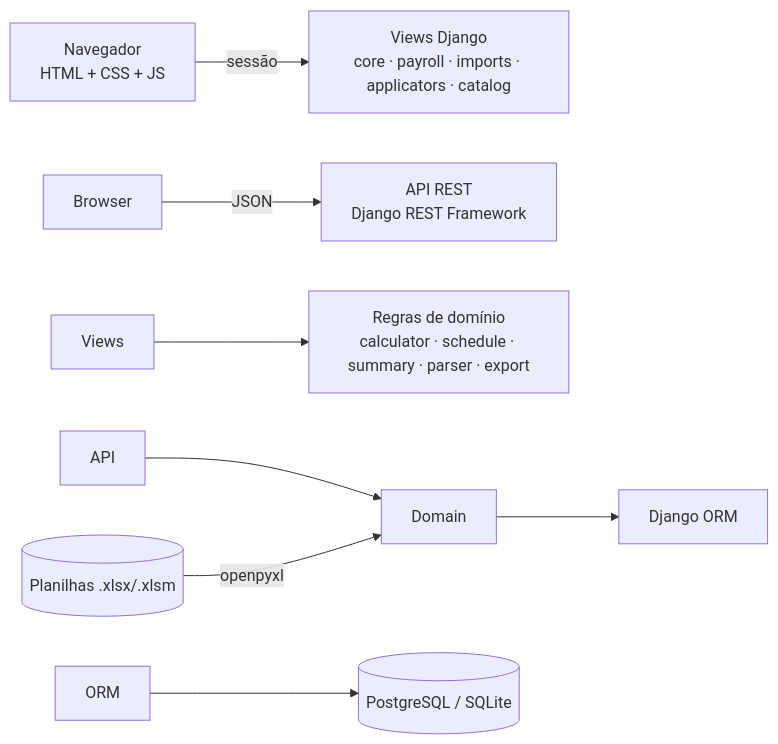
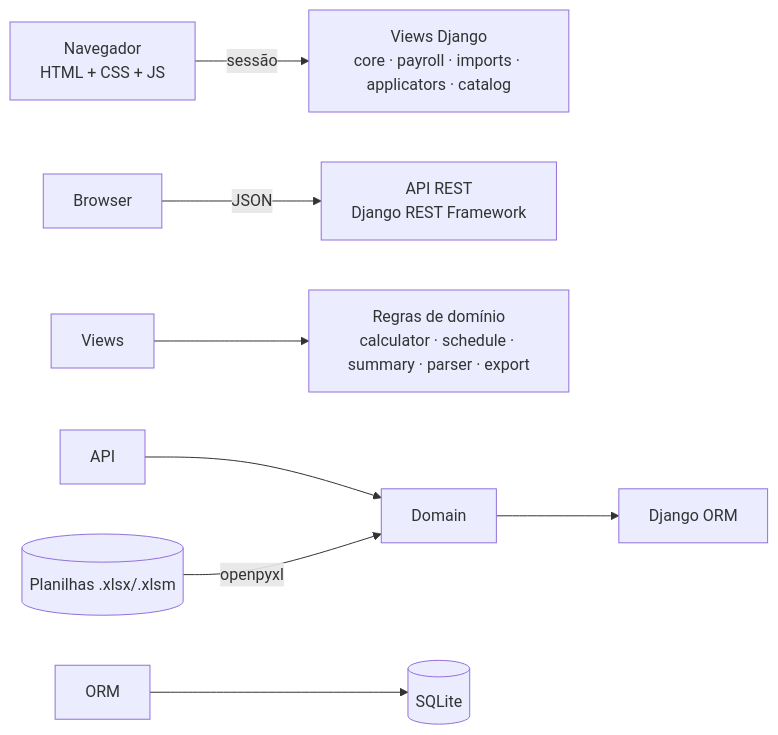
Before and after one commit to bernardozschaber/tp1-eng-soft: the third of 3 diagrams in README.md, drawn with Mermaid. The commit also changed other lines of this file and 5 other files, not shown here.

````diff
--- a/README.md
+++ b/README.md
@@ -297,10 +288,10 @@
 ```mermaid
 flowchart LR
     Browser\\\[Navegador<br/>HTML + CSS + JS] -->|sessão| Views\\\[Views Django<br/>core · payroll · imports · applicators · catalog]
     Browser -->|JSON| API\\\[API REST<br/>Django REST Framework]
     Views --> Domain\\\[Regras de domínio<br/>calculator · schedule · summary · parser · export]
     API --> Domain
     Domain --> ORM\\\[Django ORM]
-    ORM --> DB\\\[(PostgreSQL / SQLite)]
+    ORM --> DB\\\[(SQLite)]
     Excel\\\[(Planilhas .xlsx/.xlsm)] -->|openpyxl| Domain
 ```
````
